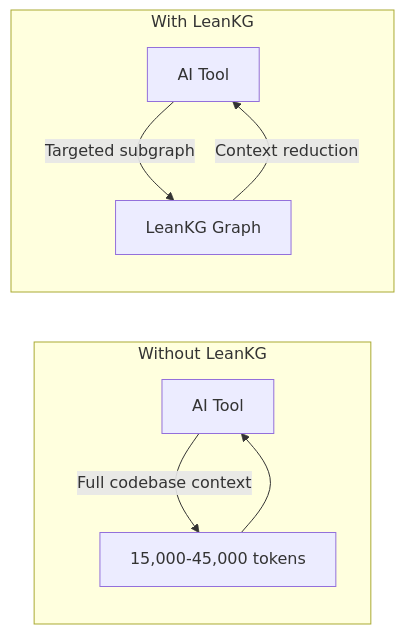
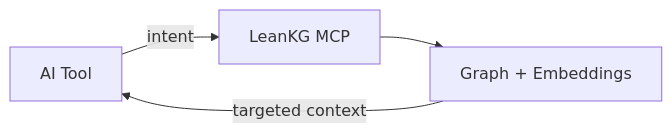
The diagram in README.md (FreePeak/LeanKG), drawn with Mermaid before and after one commit. The commit also changed other lines of this file, not shown here.

````diff
--- a/README.md
+++ b/README.md
@@ -457,12 +42,6 @@
 ```mermaid
 graph LR
-    subgraph "Without LeanKG"
-        A1[AI Tool] -->|Full codebase context| B1[15,000-45,000 tokens]
-        B1 --> A1
-    end
-
-    subgraph "With LeanKG"
-        A2[AI Tool] -->|Targeted subgraph| C[LeanKG Graph]
-        C -->|Context reduction| A2
-    end
+    A[AI Tool] -->|intent| B[LeanKG MCP]
+    B --> C[Graph + Embeddings]
+    C -->|targeted context| A
 ```
````
